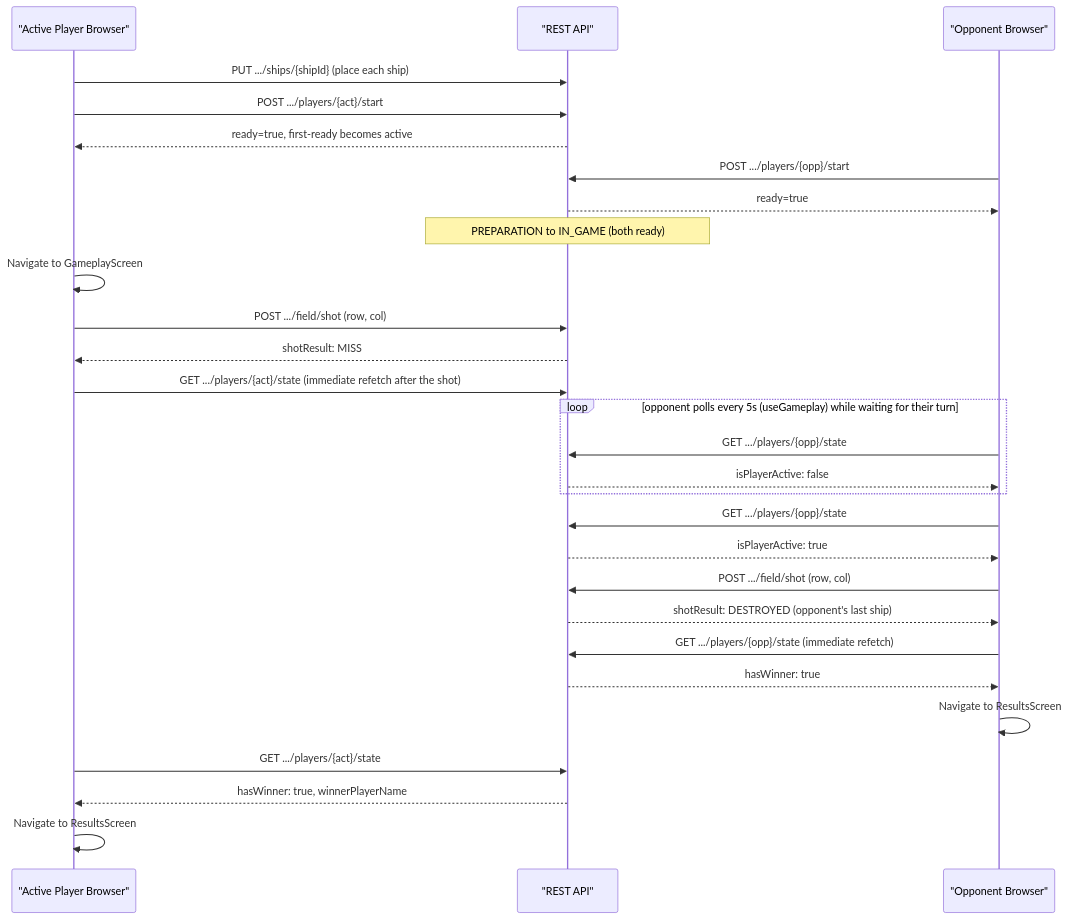
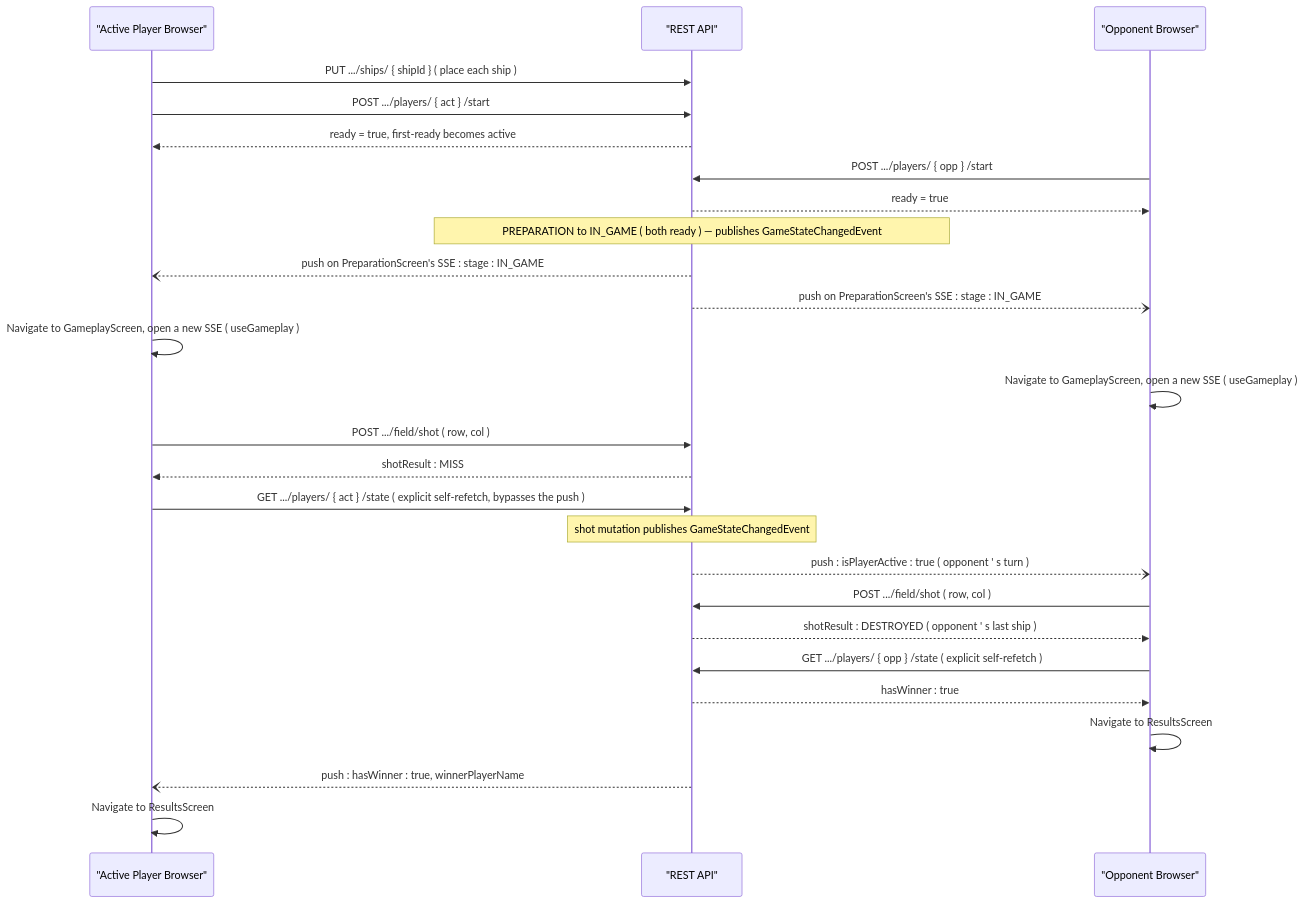
The third of 3 diagrams in docs/architecture.md (sanyokkua/battleship_java), drawn with Mermaid before and after one commit. The commit also changed other lines of this file and 16 other files, not shown here.

````diff
--- a/docs/architecture.md
+++ b/docs/architecture.md
@@ -140,34 +146,28 @@
 ```mermaid
 sequenceDiagram
     participant act as "Active Player Browser"
     participant api as "REST API"
     participant opp as "Opponent Browser"
-
-    act->>api: PUT .../ships/#123;shipId#125; #40;place each ship#41;
-    act->>api: POST .../players/#123;act#125;/start
-    api-->>act: ready#61;true, first-ready becomes active
-    opp->>api: POST .../players/#123;opp#125;/start
-    api-->>opp: ready#61;true
-    Note over api: PREPARATION to IN_GAME #40;both ready#41;
-    act->>act: Navigate to GameplayScreen
-
-    act->>api: POST .../field/shot #40;row, col#41;
-    api-->>act: shotResult#58; MISS
-    act->>api: GET .../players/#123;act#125;/state #40;immediate refetch after the shot#41;
-
-    loop opponent polls every 5s #40;useGameplay#41; while waiting for their turn
-        opp->>api: GET .../players/#123;opp#125;/state
-        api-->>opp: isPlayerActive#58; false
-    end
-    opp->>api: GET .../players/#123;opp#125;/state
-    api-->>opp: isPlayerActive#58; true
-
-    opp->>api: POST .../field/shot #40;row, col#41;
-    api-->>opp: shotResult#58; DESTROYED #40;opponent#39;s last ship#41;
-    opp->>api: GET .../players/#123;opp#125;/state #40;immediate refetch#41;
-    api-->>opp: hasWinner#58; true
-    opp->>opp: Navigate to ResultsScreen
-    act->>api: GET .../players/#123;act#125;/state
-    api-->>act: hasWinner#58; true, winnerPlayerName
-    act->>act: Navigate to ResultsScreen
+    act ->> api: PUT .../ships/ #123; shipId #125; #40; place each ship #41;
+    act ->> api: POST .../players/ #123; act #125; /start
+    api -->> act: ready #61; true, first-ready becomes active
+    opp ->> api: POST .../players/ #123; opp #125; /start
+    api -->> opp: ready #61; true
+    Note over api: PREPARATION to IN_GAME #40; both ready #41; #8212; publishes GameStateChangedEvent
+    api --) act: push on PreparationScreen's SSE #58; stage #58; IN_GAME
+    api --) opp: push on PreparationScreen's SSE #58; stage #58; IN_GAME
+    act ->> act: Navigate to GameplayScreen, open a new SSE #40; useGameplay #41;
+    opp ->> opp: Navigate to GameplayScreen, open a new SSE #40; useGameplay #41;
+    act ->> api: POST .../field/shot #40; row, col #41;
+    api -->> act: shotResult #58; MISS
+    act ->> api: GET .../players/ #123; act #125; /state #40; explicit self-refetch, bypasses the push #41;
+    Note over api: shot mutation publishes GameStateChangedEvent
+    api --) opp: push #58; isPlayerActive #58; true #40; opponent #39; s turn #41;
+    opp ->> api: POST .../field/shot #40; row, col #41;
+    api -->> opp: shotResult #58; DESTROYED #40; opponent #39; s last ship #41;
+    opp ->> api: GET .../players/ #123; opp #125; /state #40; explicit self-refetch #41;
+    api -->> opp: hasWinner #58; true
+    opp ->> opp: Navigate to ResultsScreen
+    api --) act: push #58; hasWinner #58; true, winnerPlayerName
+    act ->> act: Navigate to ResultsScreen
 ```
````
